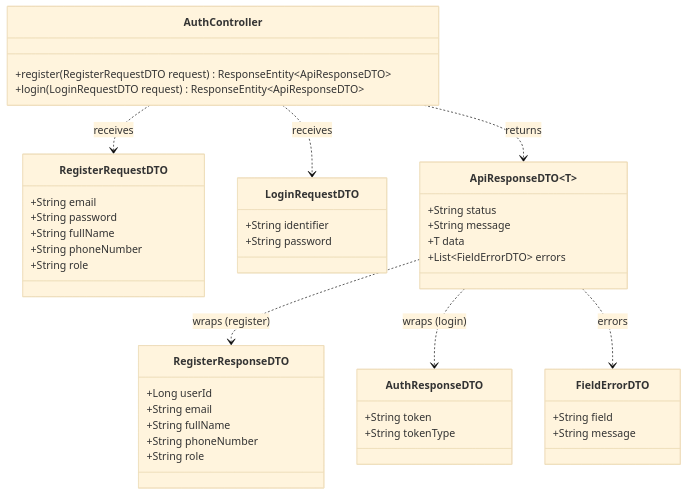
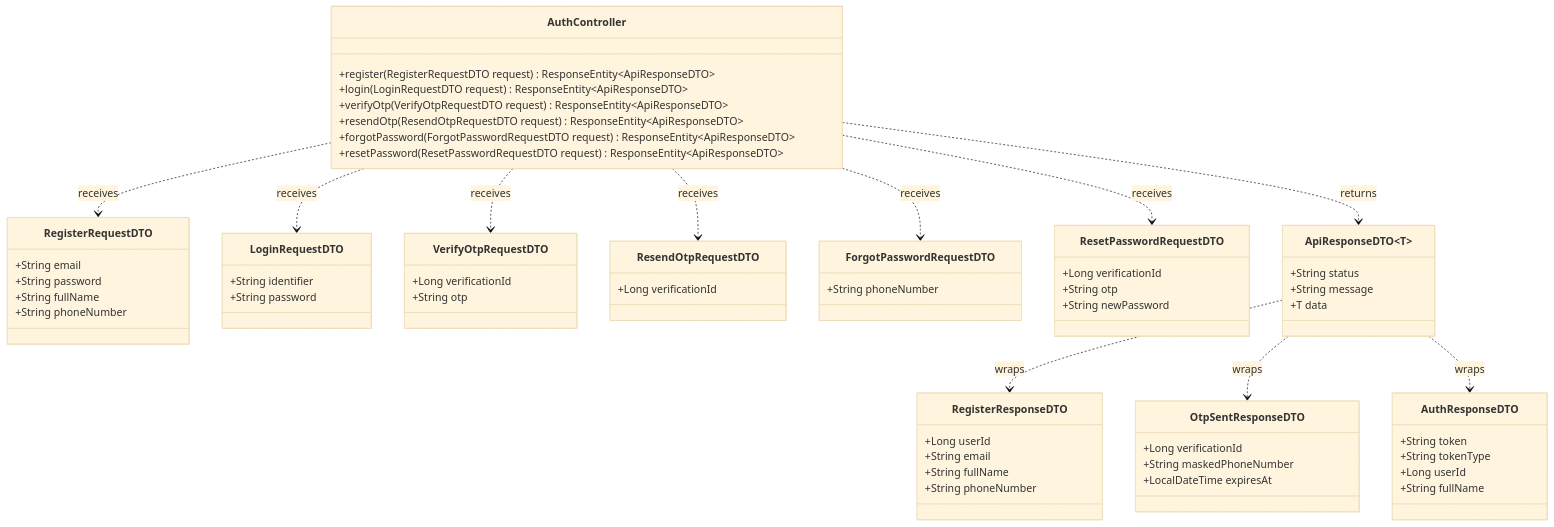
One commit to BlackyB0o/CS261_650001_group5 changed the first of 8 diagrams in docs/task-04/README.md. Above: the diagram before and after it, drawn with Mermaid (base theme). The commit also changed other lines of this file and 1 other file, not shown here.

Commit message:
removed role selection, added OTP login and reset password

````diff
--- a/docs/task-04/README.md
+++ b/docs/task-04/README.md
@@ -136,46 +218,69 @@
 ```mermaid
 classDiagram
     class AuthController {
         +register(RegisterRequestDTO request) ResponseEntity~ApiResponseDTO~
         +login(LoginRequestDTO request) ResponseEntity~ApiResponseDTO~
+        +verifyOtp(VerifyOtpRequestDTO request) ResponseEntity~ApiResponseDTO~
+        +resendOtp(ResendOtpRequestDTO request) ResponseEntity~ApiResponseDTO~
+        +forgotPassword(ForgotPasswordRequestDTO request) ResponseEntity~ApiResponseDTO~
+        +resetPassword(ResetPasswordRequestDTO request) ResponseEntity~ApiResponseDTO~
     }
     class RegisterRequestDTO {
         +String email
         +String password
         +String fullName
         +String phoneNumber
-        +String role
     }
     class LoginRequestDTO {
         +String identifier
         +String password
+    }
+    class VerifyOtpRequestDTO {
+        +Long verificationId
+        +String otp
+    }
+    class ResendOtpRequestDTO {
+        +Long verificationId
+    }
+    class ForgotPasswordRequestDTO {
+        +String phoneNumber
+    }
+    class ResetPasswordRequestDTO {
+        +Long verificationId
+        +String otp
+        +String newPassword
     }
     class RegisterResponseDTO {
         +Long userId
         +String email
         +String fullName
         +String phoneNumber
-        +String role
+    }
+    class OtpSentResponseDTO {
+        +Long verificationId
+        +String maskedPhoneNumber
+        +LocalDateTime expiresAt
     }
     class AuthResponseDTO {
         +String token
         +String tokenType
+        +Long userId
+        +String fullName
     }
     class ApiResponseDTO~T~ {
         +String status
         +String message
         +T data
-        +List~FieldErrorDTO~ errors
-    }
-    class FieldErrorDTO {
-        +String field
-        +String message
     }
 
     AuthController ..> RegisterRequestDTO : receives
     AuthController ..> LoginRequestDTO : receives
+    AuthController ..> VerifyOtpRequestDTO : receives
+    AuthController ..> ResendOtpRequestDTO : receives
+    AuthController ..> ForgotPasswordRequestDTO : receives
+    AuthController ..> ResetPasswordRequestDTO : receives
     AuthController ..> ApiResponseDTO : returns
-    ApiResponseDTO ..> RegisterResponseDTO : wraps (register)
-    ApiResponseDTO ..> AuthResponseDTO : wraps (login)
-    ApiResponseDTO ..> FieldErrorDTO : errors
+    ApiResponseDTO ..> RegisterResponseDTO : wraps
+    ApiResponseDTO ..> OtpSentResponseDTO : wraps
+    ApiResponseDTO ..> AuthResponseDTO : wraps
 ```
````
